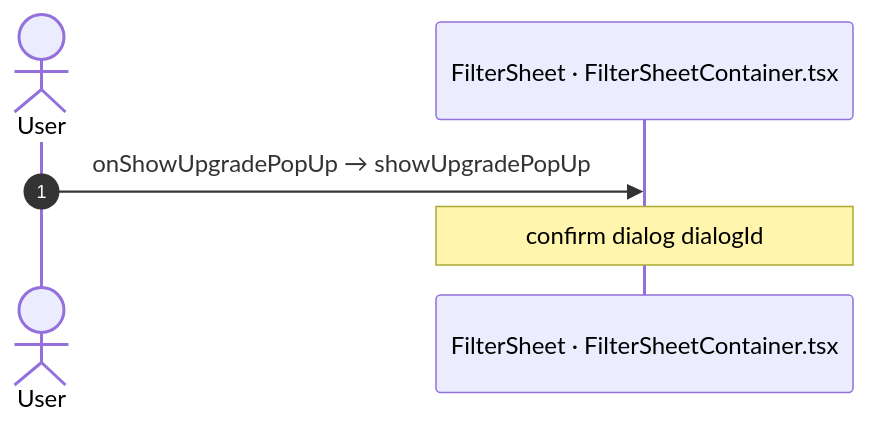
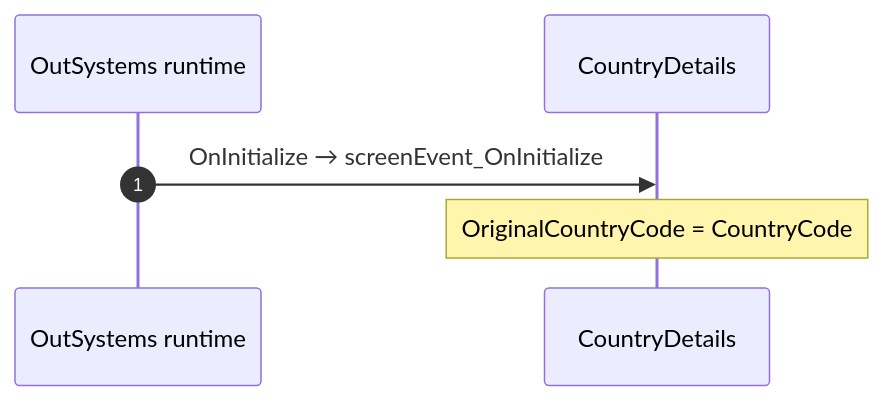
One commit to Phoenix-DX/connect-new-ui changed the fifth of 6 diagrams in route-actions/routes/CountryDetails.md. Above: the diagram before and after it, drawn with Mermaid. The commit also changed other lines of this file and 52 other files, not shown here.

````diff
--- a/route-actions/routes/CountryDetails.md
+++ b/route-actions/routes/CountryDetails.md
@@ -378,8 +203,8 @@
 ```mermaid
 sequenceDiagram
   autonumber
-  actor U as User
-  participant H as FilterSheet · FilterSheetContainer.tsx
-  U->>H: onShowUpgradePopUp → showUpgradePopUp
-  Note over H: confirm dialog dialogId
+  participant R as OutSystems runtime
+  participant B as CountryDetails
+  R->>B: OnInitialize → screenEvent_OnInitialize
+  Note over B: OriginalCountryCode = CountryCode
 ```
````
